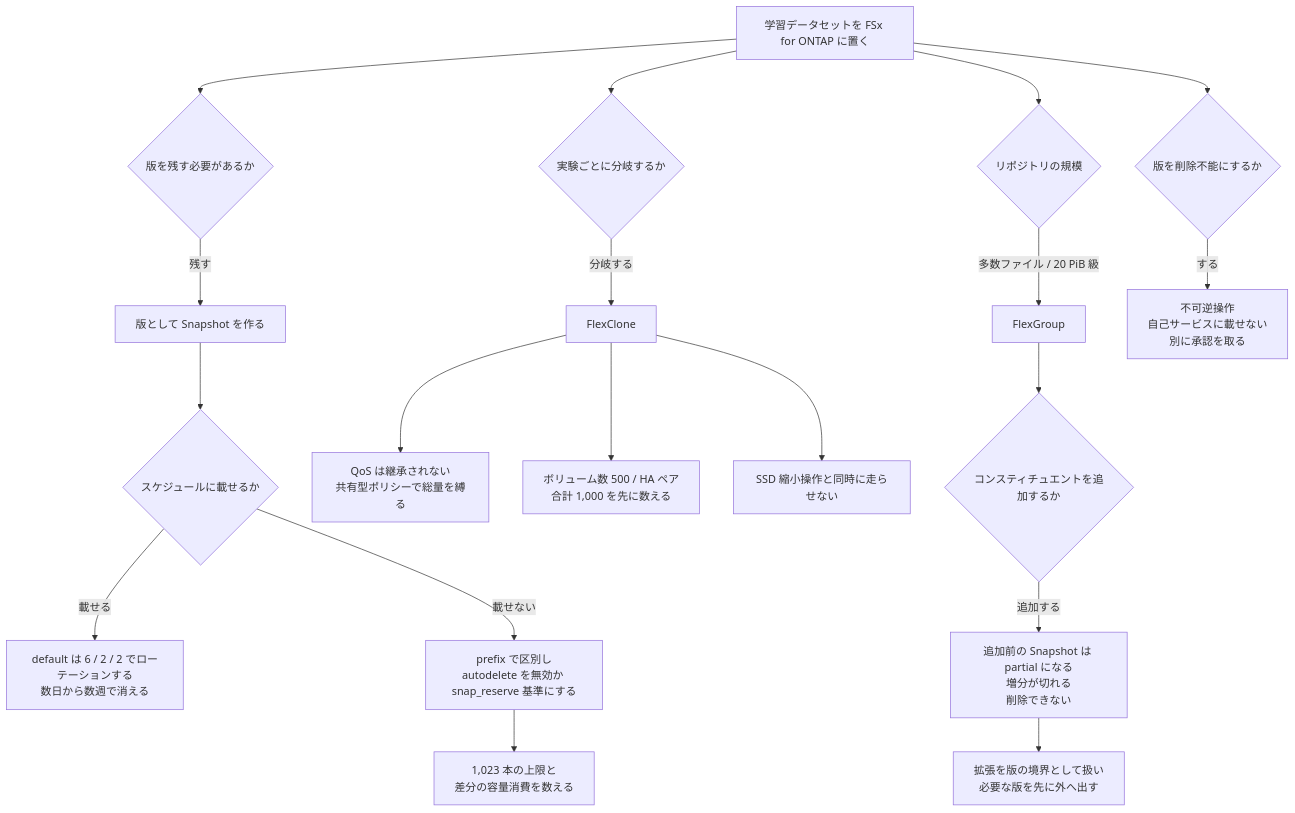
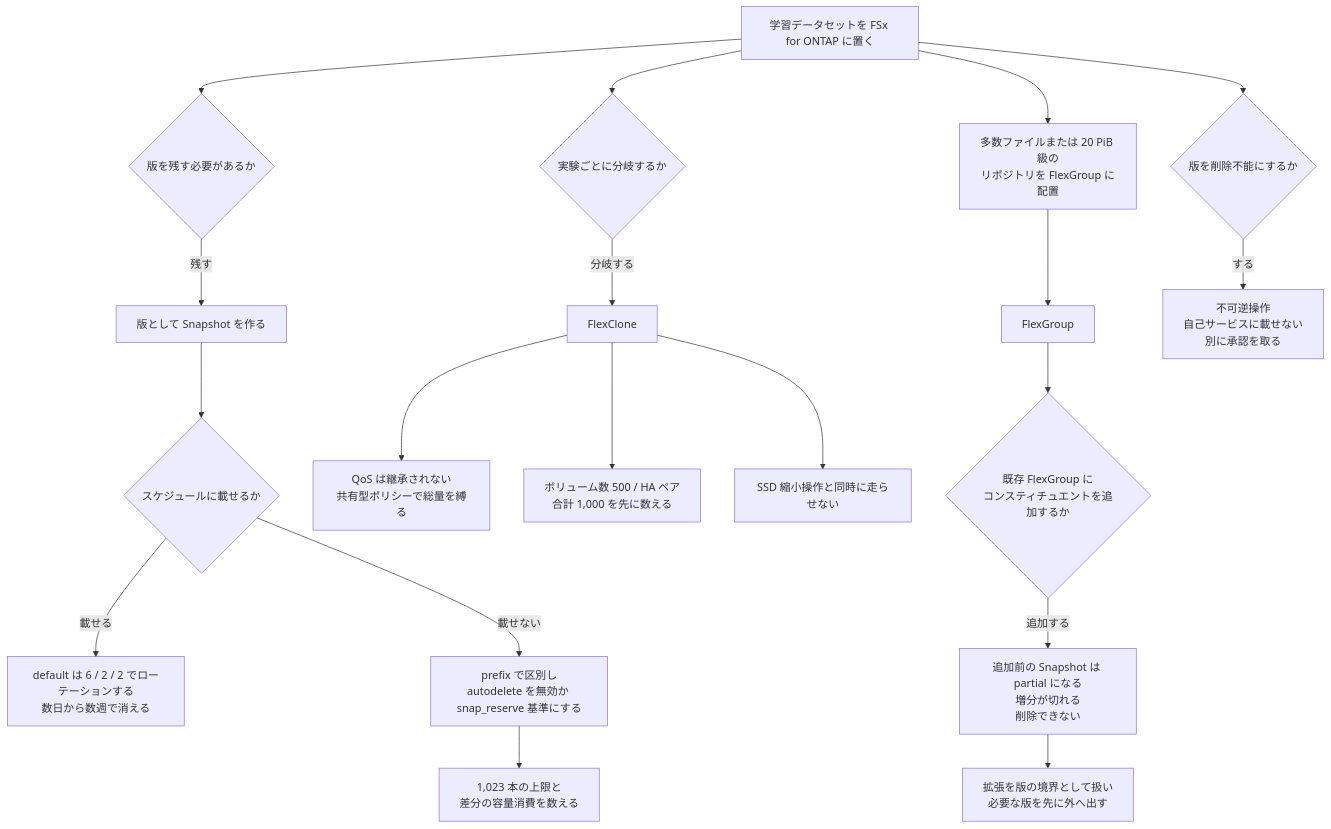
Before and after one commit to Yoshiki0705/FSx-for-ONTAP-Adoption-Playbook: the diagram in docs/ja/domains/data-utilization/notes/dataset-versions-and-experiment-branches.md, drawn with Mermaid. The commit also changed other lines of this file and 257 other files, not shown here.

````diff
--- a/docs/ja/domains/data-utilization/notes/dataset-versions-and-experiment-branches.md
+++ b/docs/ja/domains/data-utilization/notes/dataset-versions-and-experiment-branches.md
@@ -165,25 +185,25 @@
 ```mermaid
 graph TD
     A[学習データセットを FSx for ONTAP に置く] --> V{版を残す必要があるか}
 
     V -->|残す| VS[版として Snapshot を作る]
     VS --> SCHED{スケジュールに載せるか}
     SCHED -->|載せる| ROT["default は 6 / 2 / 2 でローテーションする<br/>数日から数週で消える"]
     SCHED -->|載せない| PRE["prefix で区別し<br/>autodelete を無効か snap_reserve 基準にする"]
     PRE --> CAP["1,023 本の上限と<br/>差分の容量消費を数える"]
 
     A --> B{実験ごとに分岐するか}
     B -->|分岐する| FCL[FlexClone]
     FCL --> QOS["QoS は継承されない<br/>共有型ポリシーで総量を縛る"]
     FCL --> LIM["ボリューム数 500 / HA ペア<br/>合計 1,000 を先に数える"]
     FCL --> SSD["SSD 縮小操作と同時に走らせない"]
 
-    A --> C{リポジトリの規模}
-    C -->|多数ファイル / 20 PiB 級| FG[FlexGroup]
-    FG --> EXP{コンスティチュエントを追加するか}
+    A --> C[多数ファイルまたは 20 PiB 級の<br/>リポジトリを FlexGroup に配置]
+    C --> FG[FlexGroup]
+    FG --> EXP{既存 FlexGroup に<br/>コンスティチュエントを追加するか}
     EXP -->|追加する| PART["追加前の Snapshot は partial になる<br/>増分が切れる<br/>削除できない"]
     PART --> BOUND["拡張を版の境界として扱い<br/>必要な版を先に外へ出す"]
 
     A --> LOCK{版を削除不能にするか}
     LOCK -->|する| IRR["不可逆操作<br/>自己サービスに載せない<br/>別に承認を取る"]
 ```
````
